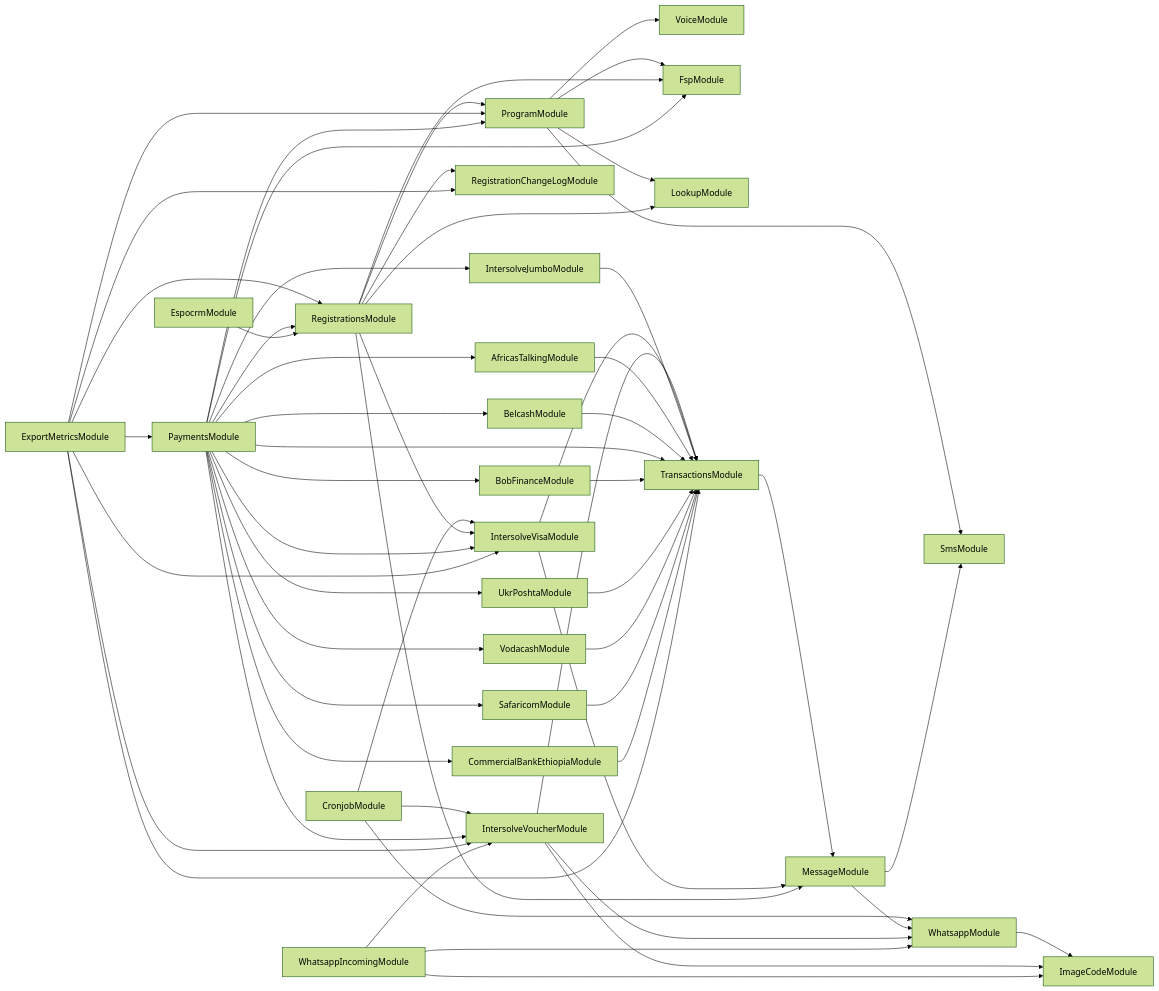
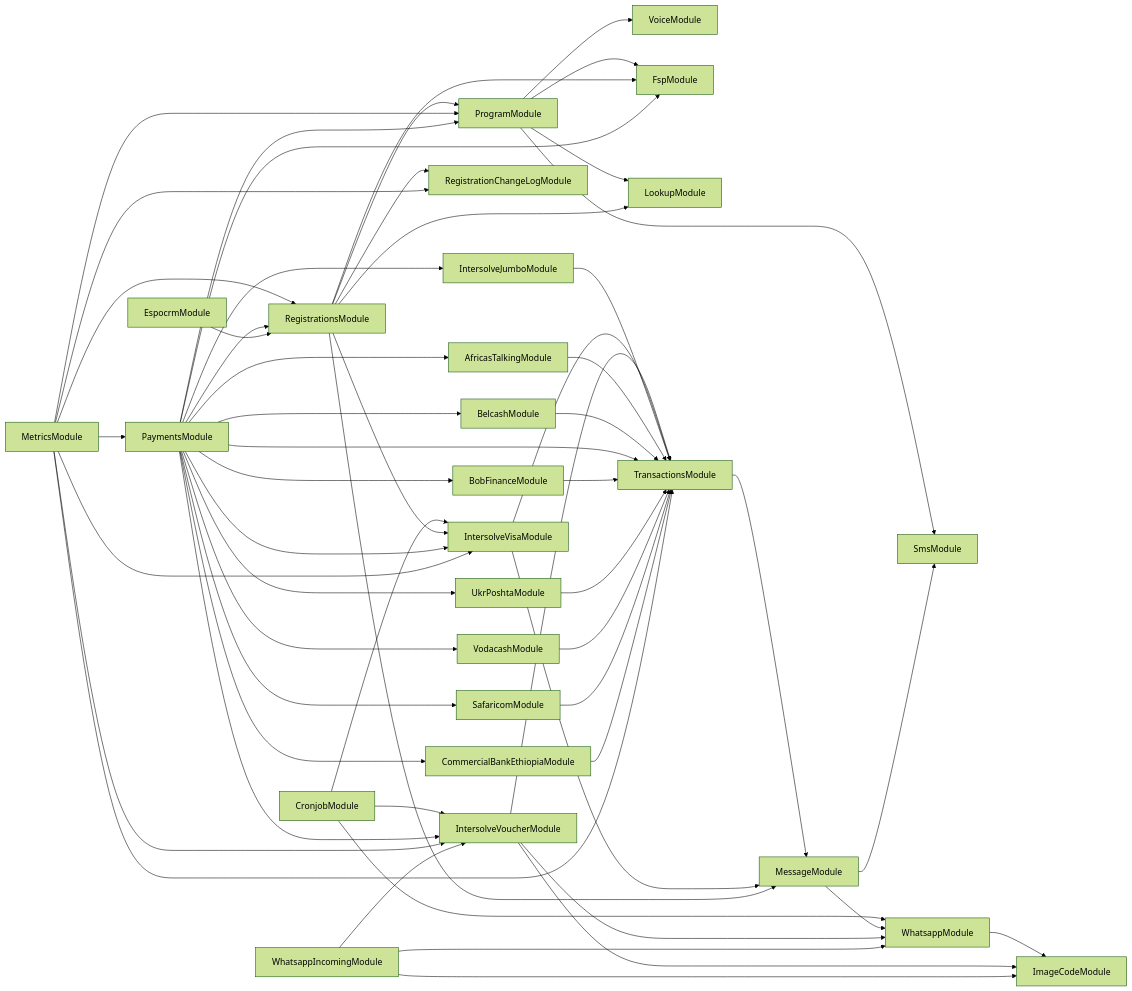
One commit to global-121/121-platform changed the diagram in services/121-service/module-dependencies.md. Above: the diagram before and after it, drawn with Mermaid (forest theme). The commit also changed 18 other files, not shown here.

Commit message:
Refactor: rename export-metrics to metrics AB#23413

````diff
--- a/services/121-service/module-dependencies.md
+++ b/services/121-service/module-dependencies.md
@@ -3,58 +3,58 @@
 ```mermaid
 graph LR
   ProgramModule-->SmsModule
   ProgramModule-->VoiceModule
   ProgramModule-->FspModule
   ProgramModule-->LookupModule
   CronjobModule-->WhatsappModule
   WhatsappModule-->ImageCodeModule
   CronjobModule-->IntersolveVoucherModule
   IntersolveVoucherModule-->ImageCodeModule
   IntersolveVoucherModule-->TransactionsModule
   TransactionsModule-->MessageModule
   MessageModule-->WhatsappModule
   MessageModule-->SmsModule
   IntersolveVoucherModule-->WhatsappModule
   CronjobModule-->IntersolveVisaModule
   IntersolveVisaModule-->TransactionsModule
   IntersolveVisaModule-->MessageModule
   RegistrationsModule-->LookupModule
   RegistrationsModule-->ProgramModule
   RegistrationsModule-->FspModule
   RegistrationsModule-->MessageModule
   RegistrationsModule-->IntersolveVisaModule
   RegistrationsModule-->RegistrationChangeLogModule
-  ExportMetricsModule-->ProgramModule
-  ExportMetricsModule-->RegistrationsModule
-  ExportMetricsModule-->PaymentsModule
+  MetricsModule-->ProgramModule
+  MetricsModule-->RegistrationsModule
+  MetricsModule-->PaymentsModule
   PaymentsModule-->FspModule
   PaymentsModule-->IntersolveVoucherModule
   PaymentsModule-->IntersolveVisaModule
   PaymentsModule-->IntersolveJumboModule
   IntersolveJumboModule-->TransactionsModule
   PaymentsModule-->AfricasTalkingModule
   AfricasTalkingModule-->TransactionsModule
   PaymentsModule-->BelcashModule
   BelcashModule-->TransactionsModule
   PaymentsModule-->TransactionsModule
   PaymentsModule-->BobFinanceModule
   BobFinanceModule-->TransactionsModule
   PaymentsModule-->UkrPoshtaModule
   UkrPoshtaModule-->TransactionsModule
   PaymentsModule-->VodacashModule
   VodacashModule-->TransactionsModule
   PaymentsModule-->SafaricomModule
   SafaricomModule-->TransactionsModule
   PaymentsModule-->CommercialBankEthiopiaModule
   CommercialBankEthiopiaModule-->TransactionsModule
   PaymentsModule-->RegistrationsModule
   PaymentsModule-->ProgramModule
-  ExportMetricsModule-->TransactionsModule
-  ExportMetricsModule-->IntersolveVisaModule
-  ExportMetricsModule-->IntersolveVoucherModule
-  ExportMetricsModule-->RegistrationChangeLogModule
+  MetricsModule-->TransactionsModule
+  MetricsModule-->IntersolveVisaModule
+  MetricsModule-->IntersolveVoucherModule
+  MetricsModule-->RegistrationChangeLogModule
   WhatsappIncomingModule-->ImageCodeModule
   WhatsappIncomingModule-->IntersolveVoucherModule
   WhatsappIncomingModule-->WhatsappModule
   EspocrmModule-->RegistrationsModule
 ```
````
